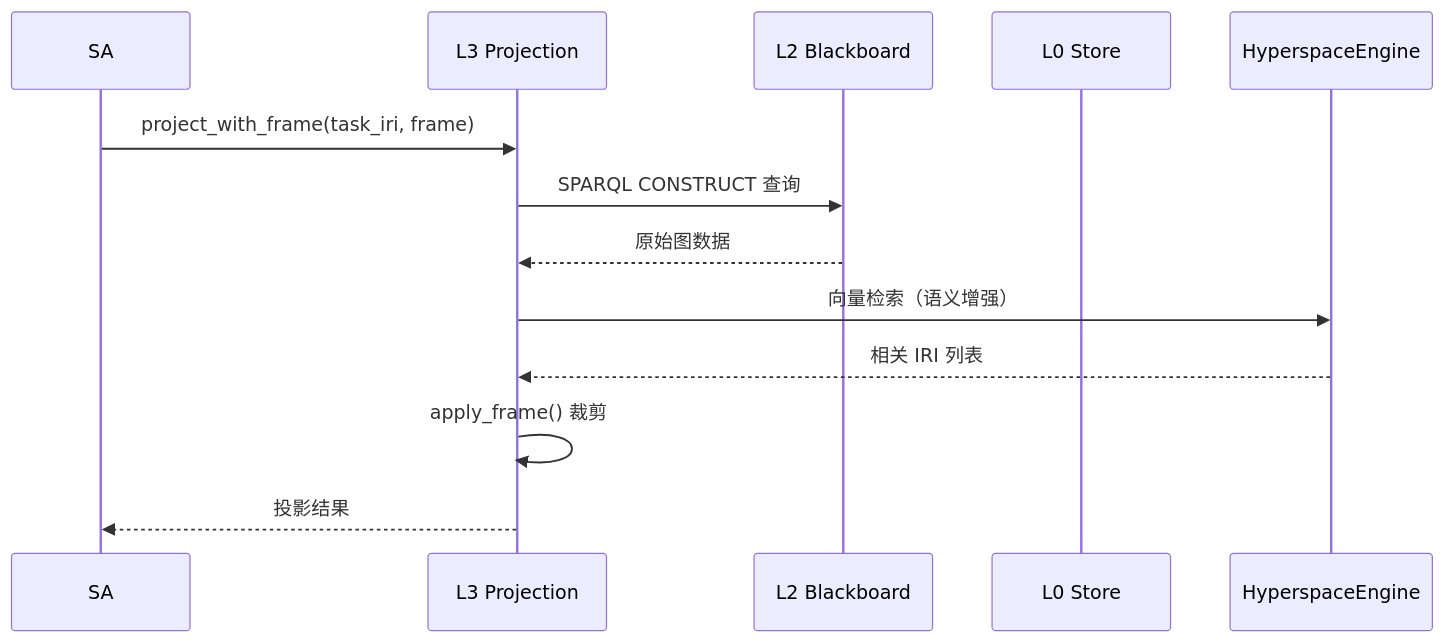
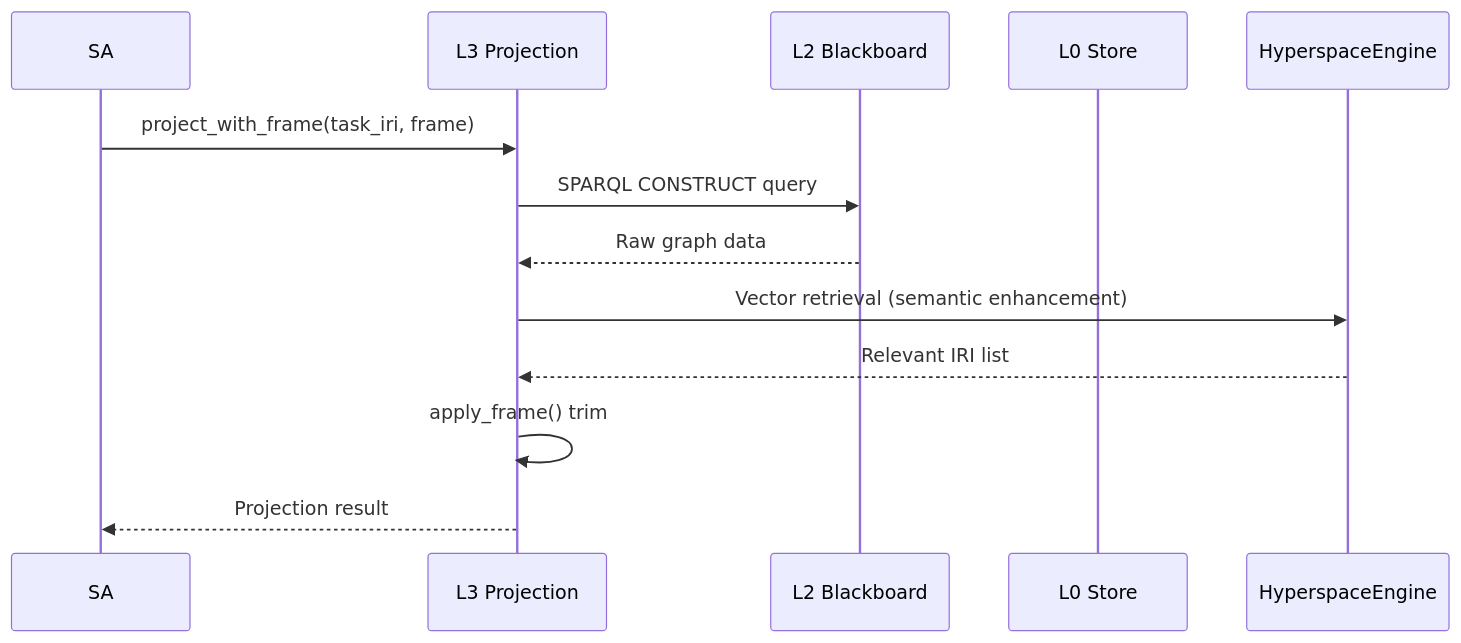
One commit to skaiy/wild_agentos changed the third of 6 diagrams in docs/03-memory-system.md. Above: the diagram before and after it, drawn with Mermaid. The commit also changed other lines of this file and 23 other files, not shown here.

````diff
--- a/docs/03-memory-system.md
+++ b/docs/03-memory-system.md
@@ -408,16 +334,15 @@
 ```mermaid
 sequenceDiagram
     participant SA
     participant L3 as L3 Projection
     participant L2 as L2 Blackboard
     participant L0 as L0 Store
     participant HE as HyperspaceEngine
-
     SA->>L3: project_with_frame(task_iri, frame)
-    L3->>L2: SPARQL CONSTRUCT 查询
-    L2-->>L3: 原始图数据
-    L3->>HE: 向量检索（语义增强）
-    HE-->>L3: 相关 IRI 列表
-    L3->>L3: apply_frame() 裁剪
-    L3-->>SA: 投影结果
+    L3->>L2: SPARQL CONSTRUCT query
+    L2-->>L3: Raw graph data
+    L3->>HE: Vector retrieval (semantic enhancement)
+    HE-->>L3: Relevant IRI list
+    L3->>L3: apply_frame() trim
+    L3-->>SA: Projection result
 ```
````
